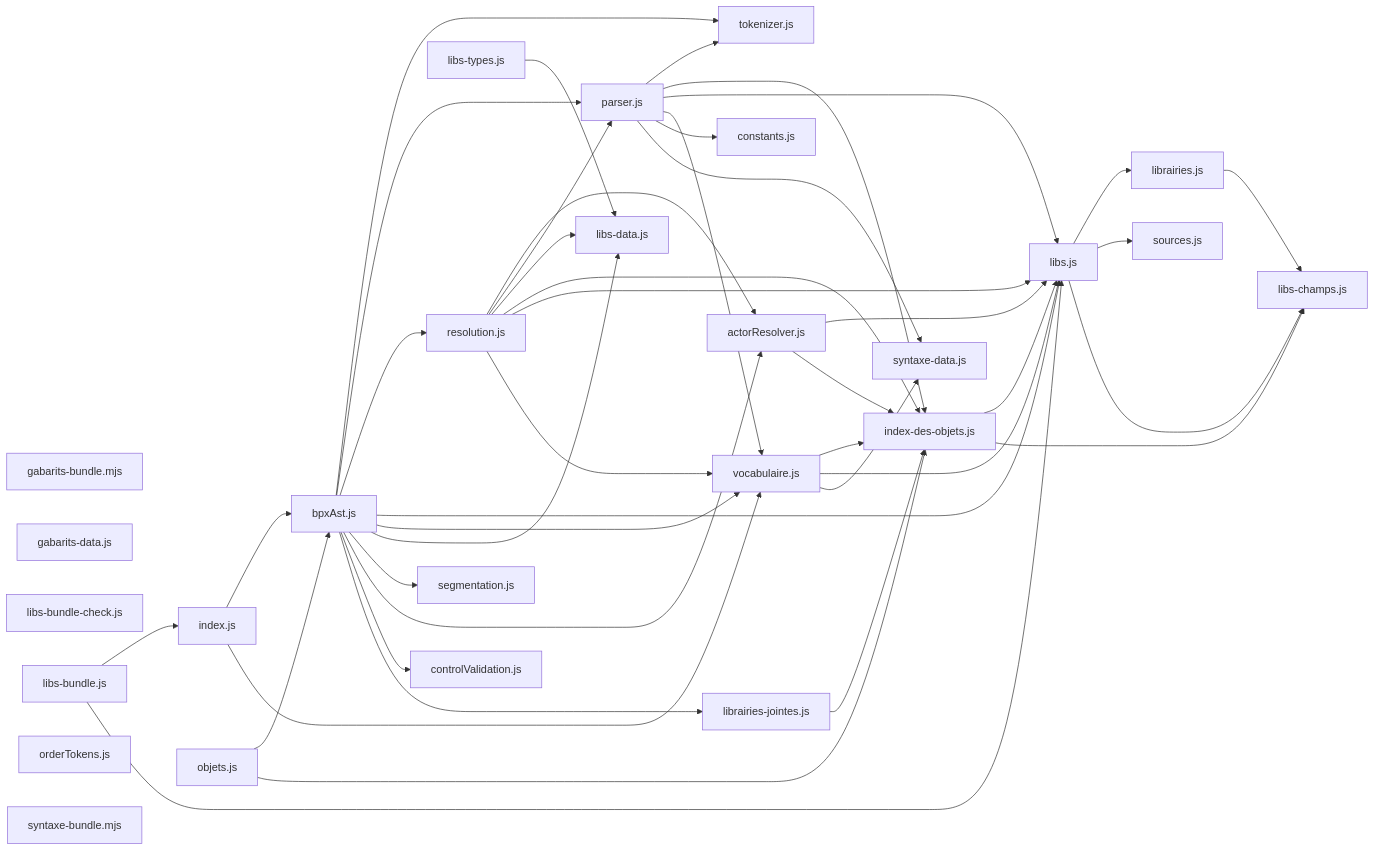
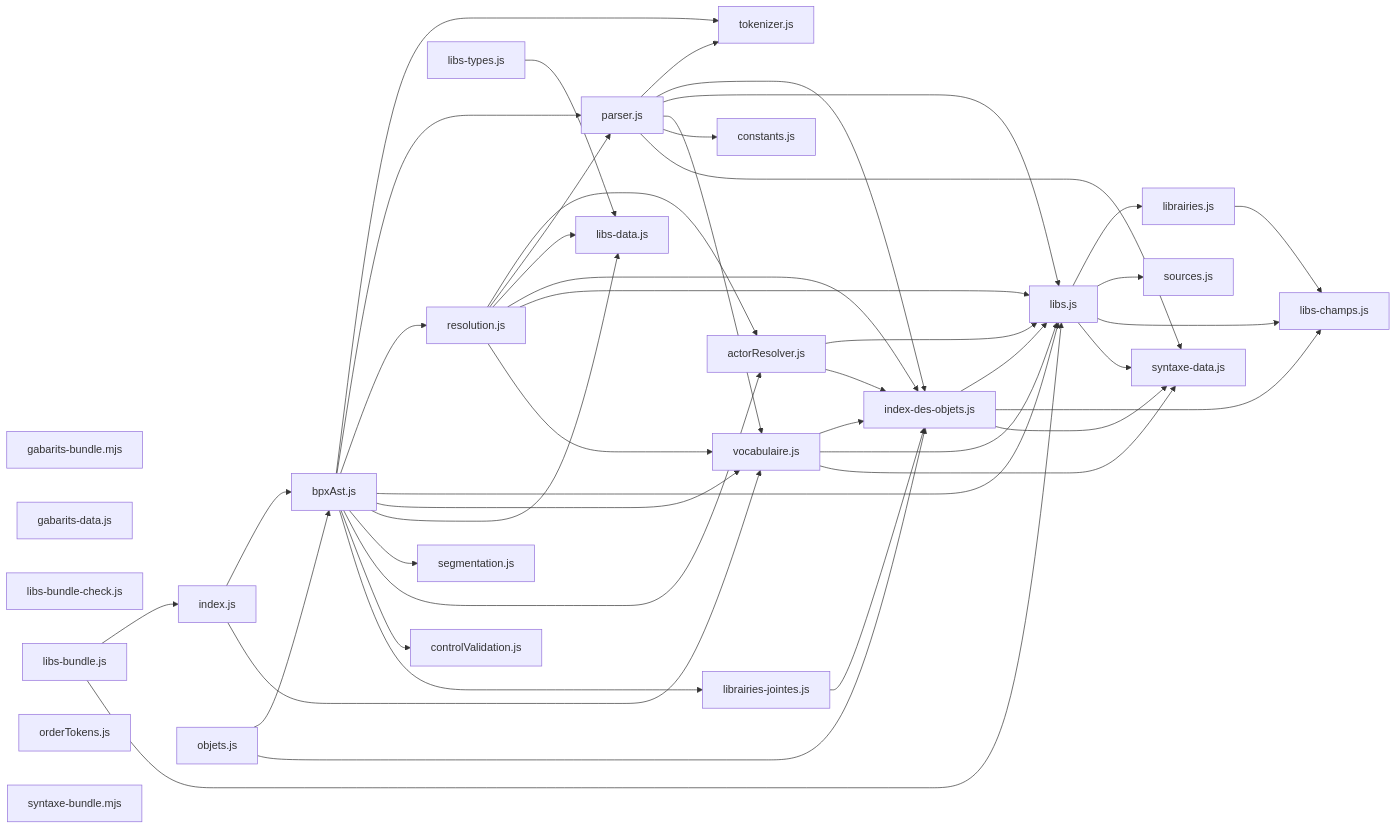
The diagram in docs/arch/carte-reel.md (roomi-fields/BPscript), drawn with Mermaid before and after one commit. The commit also changed other lines of this file and 46 other files, not shown here.

````diff
--- a/docs/arch/carte-reel.md
+++ b/docs/arch/carte-reel.md
@@ -45,70 +45,72 @@
 ```mermaid
 flowchart LR
   actorResolver_js["actorResolver.js"]
   bpxAst_js["bpxAst.js"]
   constants_js["constants.js"]
   controlValidation_js["controlValidation.js"]
   gabarits_bundle_mjs["gabarits-bundle.mjs"]
   gabarits_data_js["gabarits-data.js"]
   index_des_objets_js["index-des-objets.js"]
   index_js["index.js"]
   librairies_jointes_js["librairies-jointes.js"]
   librairies_js["librairies.js"]
   libs_bundle_check_js["libs-bundle-check.js"]
   libs_bundle_js["libs-bundle.js"]
   libs_champs_js["libs-champs.js"]
   libs_data_js["libs-data.js"]
   libs_types_js["libs-types.js"]
   libs_js["libs.js"]
   objets_js["objets.js"]
   orderTokens_js["orderTokens.js"]
   parser_js["parser.js"]
   resolution_js["resolution.js"]
   segmentation_js["segmentation.js"]
   sources_js["sources.js"]
   syntaxe_bundle_mjs["syntaxe-bundle.mjs"]
   syntaxe_data_js["syntaxe-data.js"]
   tokenizer_js["tokenizer.js"]
   vocabulaire_js["vocabulaire.js"]
   actorResolver_js --> libs_js
   actorResolver_js --> index_des_objets_js
   bpxAst_js --> tokenizer_js
   bpxAst_js --> parser_js
   bpxAst_js --> resolution_js
   bpxAst_js --> libs_js
   bpxAst_js --> vocabulaire_js
   bpxAst_js --> libs_data_js
   bpxAst_js --> segmentation_js
   bpxAst_js --> actorResolver_js
   bpxAst_js --> controlValidation_js
   bpxAst_js --> librairies_jointes_js
   index_des_objets_js --> libs_js
   index_des_objets_js --> libs_champs_js
+  index_des_objets_js --> syntaxe_data_js
   index_js --> bpxAst_js
   index_js --> vocabulaire_js
   librairies_jointes_js --> index_des_objets_js
   librairies_js --> libs_champs_js
   libs_bundle_js --> index_js
   libs_bundle_js --> libs_js
   libs_types_js --> libs_data_js
   libs_js --> librairies_js
   libs_js --> sources_js
   libs_js --> libs_champs_js
+  libs_js --> syntaxe_data_js
   objets_js --> bpxAst_js
   objets_js --> index_des_objets_js
   parser_js --> tokenizer_js
   parser_js --> index_des_objets_js
   parser_js --> libs_js
   parser_js --> vocabulaire_js
   parser_js --> constants_js
   parser_js --> syntaxe_data_js
   resolution_js --> actorResolver_js
   resolution_js --> parser_js
   resolution_js --> libs_data_js
   resolution_js --> index_des_objets_js
   resolution_js --> libs_js
   resolution_js --> vocabulaire_js
   vocabulaire_js --> index_des_objets_js
   vocabulaire_js --> libs_js
   vocabulaire_js --> syntaxe_data_js
 ```
````
